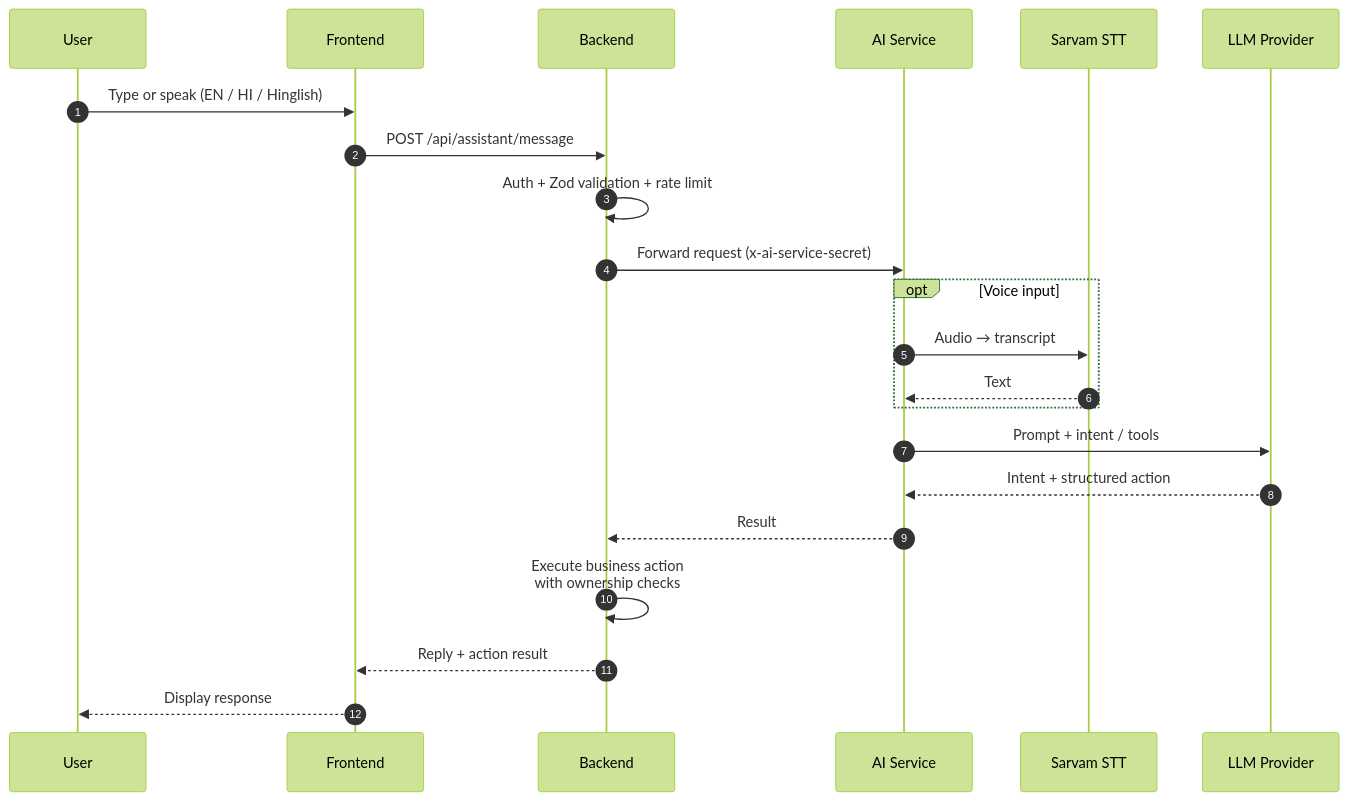
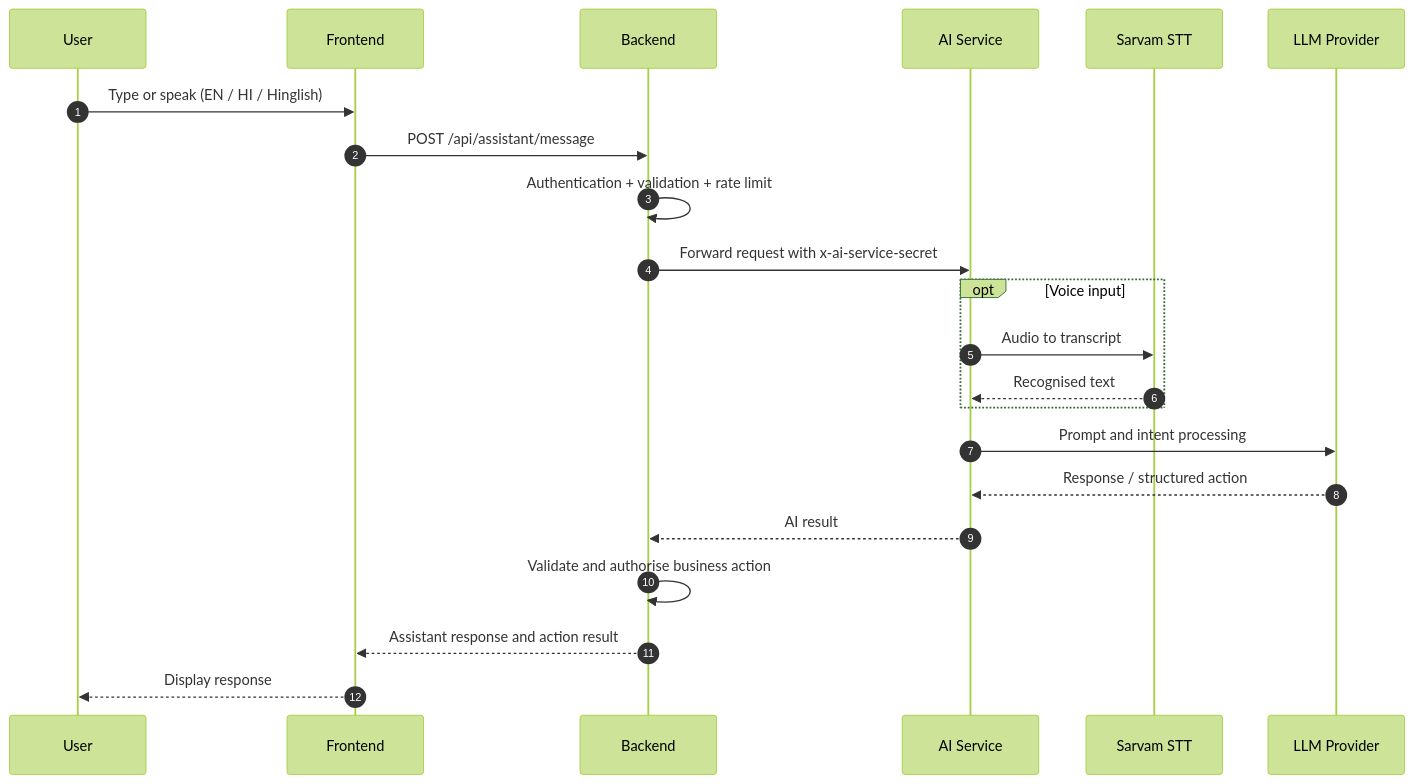
The sixth of 6 diagrams in README.md (aryan24cse109-dev/Wealthra-ai), drawn with Mermaid (forest theme) before and after one commit. The commit also changed other lines of this file, not shown here.

````diff
--- a/README.md
+++ b/README.md
@@ -453,27 +636,28 @@
 ```mermaid
 sequenceDiagram
     autonumber
     participant U as User
     participant FE as Frontend
     participant BE as Backend
     participant AI as AI Service
     participant STT as Sarvam STT
     participant LLM as LLM Provider
 
     U->>FE: Type or speak (EN / HI / Hinglish)
     FE->>BE: POST /api/assistant/message
-    BE->>BE: Auth + Zod validation + rate limit
-    BE->>AI: Forward request (x-ai-service-secret)
+    BE->>BE: Authentication + validation + rate limit
+    BE->>AI: Forward request with x-ai-service-secret
 
     opt Voice input
-        AI->>STT: Audio → transcript
-        STT-->>AI: Text
+        AI->>STT: Audio to transcript
+        STT-->>AI: Recognised text
     end
 
-    AI->>LLM: Prompt + intent / tools
-    LLM-->>AI: Intent + structured action
-    AI-->>BE: Result
-    BE->>BE: Execute business action<br/>with ownership checks
-    BE-->>FE: Reply + action result
+    AI->>LLM: Prompt and intent processing
+    LLM-->>AI: Response / structured action
+    AI-->>BE: AI result
+
+    BE->>BE: Validate and authorise business action
+    BE-->>FE: Assistant response and action result
     FE-->>U: Display response
 ```
````
